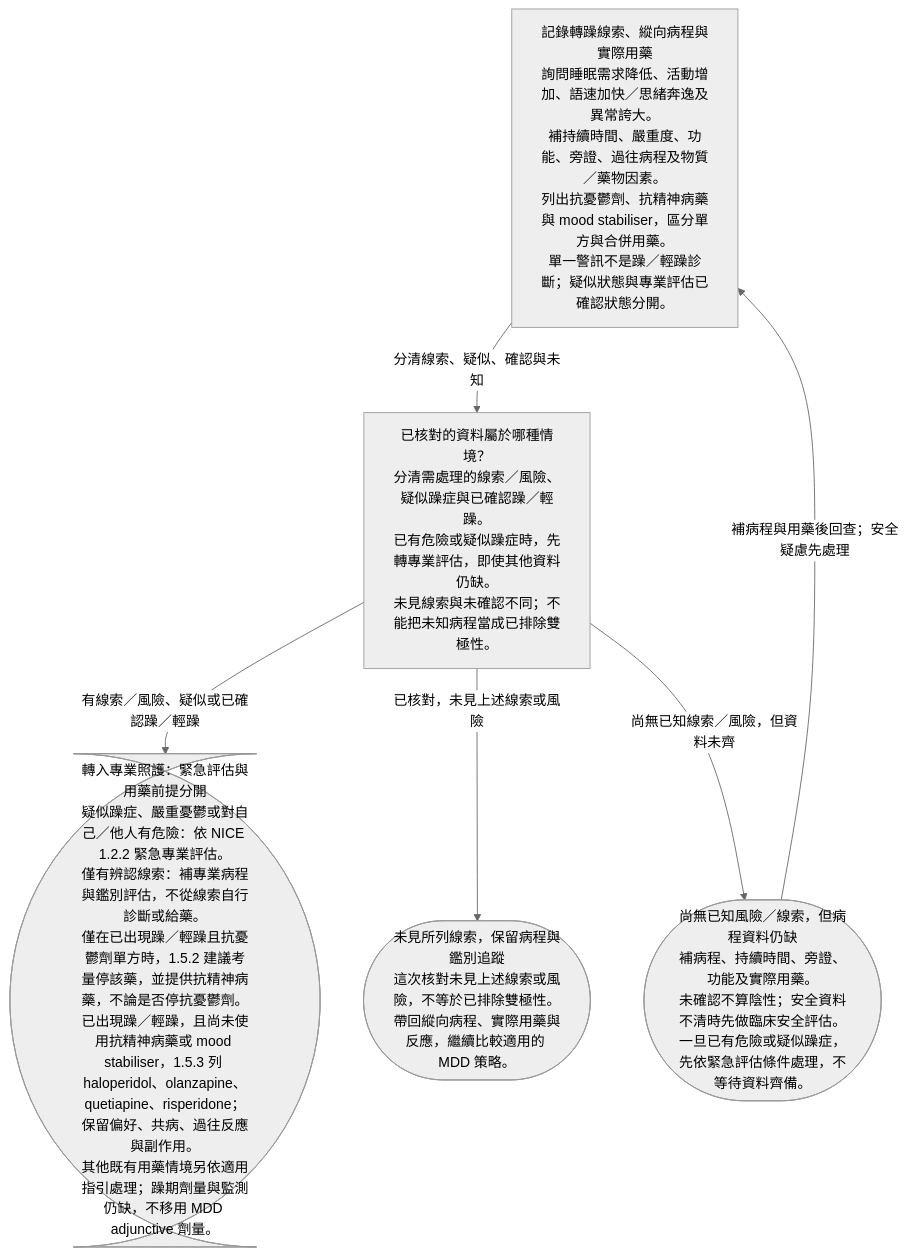
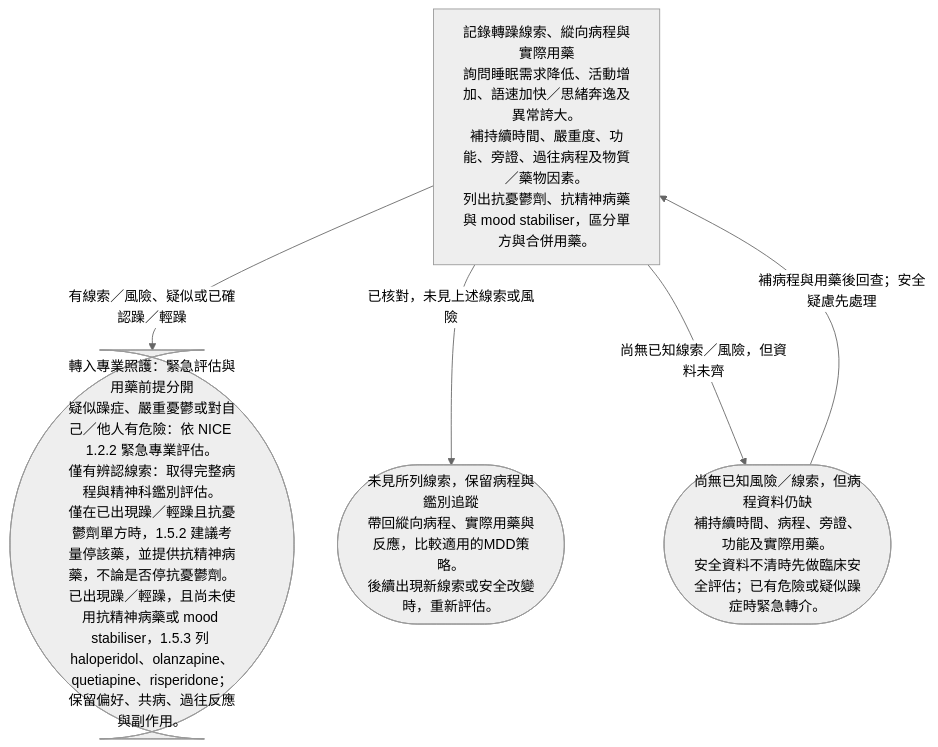
The diagram in assets/figures/flows/mdd-mania-safety.mmd (RoyARVSA/Medwiki), drawn with Mermaid (neutral theme) before and after one commit. The commit also changed 70 other files, not shown here.

```diff
--- a/assets/figures/flows/mdd-mania-safety.mmd
+++ b/assets/figures/flows/mdd-mania-safety.mmd
@@ -1,11 +1,9 @@
 flowchart TD
-  n0["記錄轉躁線索、縱向病程與實際用藥#10;詢問睡眠需求降低、活動增加、語速加快／思緒奔逸及異常誇大。#10;補持續時間、嚴重度、功能、旁證、過往病程及物質／藥物因素。#10;列出抗憂鬱劑、抗精神病藥與 mood stabiliser，區分單方與合併用藥。#10;單一警訊不是躁／輕躁診斷；疑似狀態與專業評估已確認狀態分開。"]
-  n1["已核對的資料屬於哪種情境？#10;分清需處理的線索／風險、疑似躁症與已確認躁／輕躁。#10;已有危險或疑似躁症時，先轉專業評估，即使其他資料仍缺。#10;未見線索與未確認不同；不能把未知病程當成已排除雙極性。"]
-  n2(["轉入專業照護：緊急評估與用藥前提分開#10;疑似躁症、嚴重憂鬱或對自己／他人有危險：依 NICE 1.2.2 緊急專業評估。#10;僅有辨認線索：補專業病程與鑑別評估，不從線索自行診斷或給藥。#10;僅在已出現躁／輕躁且抗憂鬱劑單方時，1.5.2 建議考量停該藥，並提供抗精神病藥，不論是否停抗憂鬱劑。#10;已出現躁／輕躁，且尚未使用抗精神病藥或 mood stabiliser，1.5.3 列 haloperidol、olanzapine、quetiapine、risperidone；保留偏好、共病、過往反應與副作用。#10;其他既有用藥情境另依適用指引處理；躁期劑量與監測仍缺，不移用 MDD adjunctive 劑量。"])
-  n3(["未見所列線索，保留病程與鑑別追蹤#10;這次核對未見上述線索或風險，不等於已排除雙極性。#10;帶回縱向病程、實際用藥與反應，繼續比較適用的 MDD 策略。"])
-  n4(["尚無已知風險／線索，但病程資料仍缺#10;補病程、持續時間、旁證、功能及實際用藥。#10;未確認不算陰性；安全資料不清時先做臨床安全評估。#10;一旦已有危險或疑似躁症，先依緊急評估條件處理，不等待資料齊備。"])
-  n0 -->|"分清線索、疑似、確認與未知"| n1
-  n1 -->|"有線索／風險、疑似或已確認躁／輕躁"| n2
-  n1 -->|"已核對，未見上述線索或風險"| n3
-  n1 -->|"尚無已知線索／風險，但資料未齊"| n4
-  n4 -->|"補病程與用藥後回查；安全疑慮先處理"| n0
+  n0["記錄轉躁線索、縱向病程與實際用藥#10;詢問睡眠需求降低、活動增加、語速加快／思緒奔逸及異常誇大。#10;補持續時間、嚴重度、功能、旁證、過往病程及物質／藥物因素。#10;列出抗憂鬱劑、抗精神病藥與 mood stabiliser，區分單方與合併用藥。"]
+  n1(["轉入專業照護：緊急評估與用藥前提分開#10;疑似躁症、嚴重憂鬱或對自己／他人有危險：依 NICE 1.2.2 緊急專業評估。#10;僅有辨認線索：取得完整病程與精神科鑑別評估。#10;僅在已出現躁／輕躁且抗憂鬱劑單方時，1.5.2 建議考量停該藥，並提供抗精神病藥，不論是否停抗憂鬱劑。#10;已出現躁／輕躁，且尚未使用抗精神病藥或 mood stabiliser，1.5.3 列 haloperidol、olanzapine、quetiapine、risperidone；保留偏好、共病、過往反應與副作用。"])
+  n2(["未見所列線索，保留病程與鑑別追蹤#10;帶回縱向病程、實際用藥與反應，比較適用的MDD策略。#10;後續出現新線索或安全改變時，重新評估。"])
+  n3(["尚無已知風險／線索，但病程資料仍缺#10;補持續時間、病程、旁證、功能及實際用藥。#10;安全資料不清時先做臨床安全評估；已有危險或疑似躁症時緊急轉介。"])
+  n0 -->|"有線索／風險、疑似或已確認躁／輕躁"| n1
+  n0 -->|"已核對，未見上述線索或風險"| n2
+  n0 -->|"尚無已知線索／風險，但資料未齊"| n3
+  n3 -->|"補病程與用藥後回查；安全疑慮先處理"| n0
```
